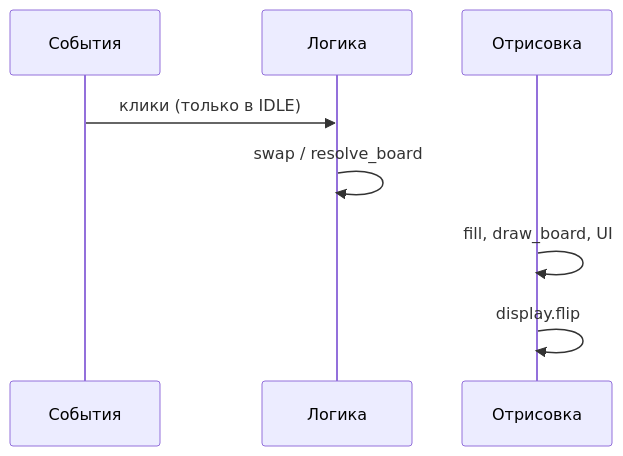
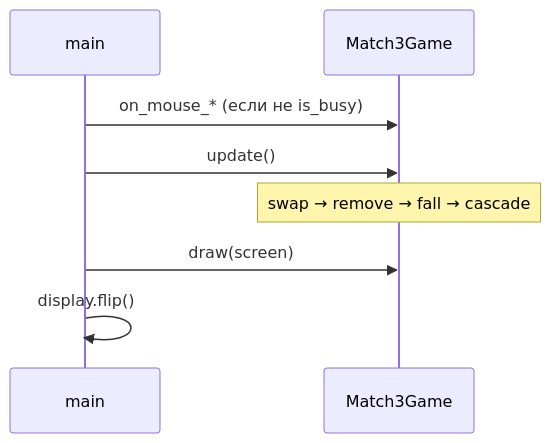
Before and after one commit to Spirzen/it-knowledge-base: the second of 3 diagrams in docs/encyclopedia/9-spinoff/9-04-razrabotka-igr/praktikum-razrabotki-igr/2.md, drawn with Mermaid. The commit also changed other lines of this file and 172 other files, not shown here.

````diff
--- a/docs/encyclopedia/9-spinoff/9-04-razrabotka-igr/praktikum-razrabotki-igr/2.md
+++ b/docs/encyclopedia/9-spinoff/9-04-razrabotka-igr/praktikum-razrabotki-igr/2.md
@@ -210,10 +285,10 @@
 ```mermaid
 sequenceDiagram
-  participant E as События
-  participant L as Логика
-  participant D as Отрисовка
-  E->>L: клики (только в IDLE)
-  L->>L: swap / resolve_board
-  D->>D: fill, draw_board, UI
-  D->>D: display.flip
+  participant M as main
+  participant G as Match3Game
+  M->>G: on_mouse_* (если не is_busy)
+  M->>G: update()
+  Note over G: swap → remove → fall → cascade
+  M->>G: draw(screen)
+  M->>M: display.flip()
 ```
````
